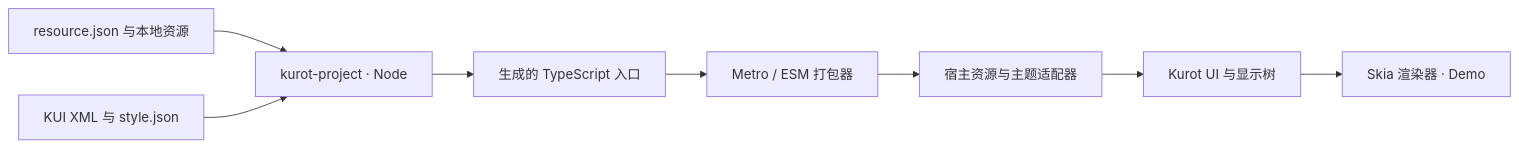
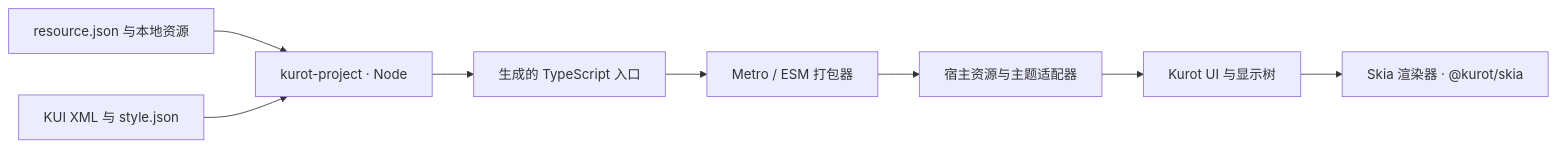
The diagram in docs/README.zh-CN.md (kurot-engine/kurot-skia), drawn with Mermaid before and after one commit. The commit also changed other lines of this file and 59 other files, not shown here.

````diff
--- a/docs/README.zh-CN.md
+++ b/docs/README.zh-CN.md
@@ -175,10 +169,10 @@
 ```mermaid
 flowchart LR
     A["resource.json 与本地资源"] --> G["kurot-project · Node"]
     B["KUI XML 与 style.json"] --> G
     G --> E["生成的 TypeScript 入口"]
     E --> M["Metro / ESM 打包器"]
     M --> H["宿主资源与主题适配器"]
     H --> K["Kurot UI 与显示树"]
-    K --> S["Skia 渲染器 · Demo"]
+    K --> S["Skia 渲染器 · @kurot/skia"]
 ```
````
